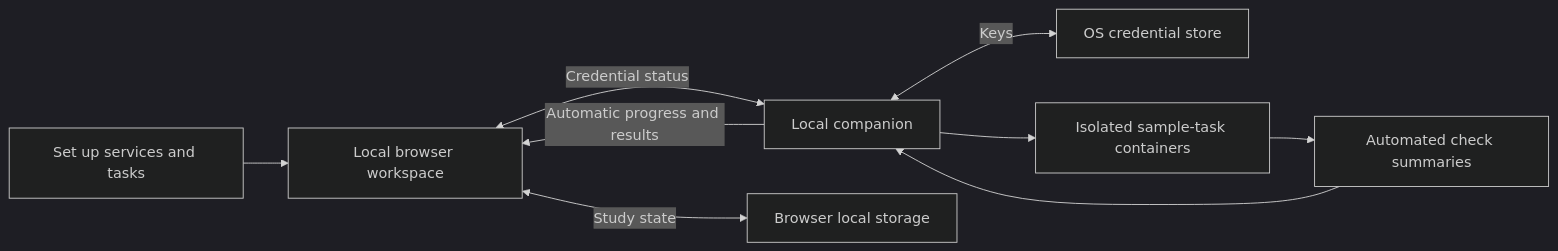
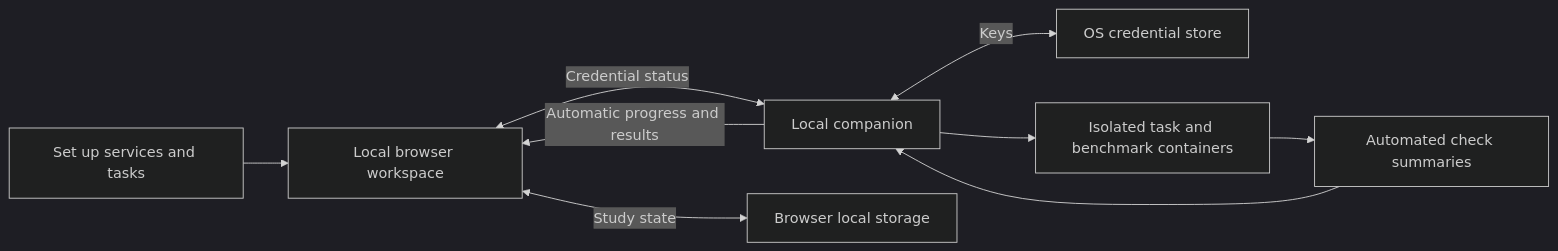
One commit to PouyanJay/basis changed the diagram in README.md. Above: the diagram before and after it, drawn with Mermaid (dark theme). The commit also changed other lines of this file and 17 other files, not shown here.

````diff
--- a/README.md
+++ b/README.md
@@ -118,11 +154,11 @@
 ```mermaid
 flowchart LR
     Setup[Set up services and tasks] --> App[Local browser workspace]
     App <-->|Credential status| Companion[Local companion]
     Companion <-->|Keys| Vault[OS credential store]
-    Companion --> Containers[Isolated sample-task containers]
+    Companion --> Containers[Isolated task and benchmark containers]
     Containers --> Reports[Automated check summaries]
     Reports --> Companion
     Companion -->|Automatic progress and results| App
     App <-->|Study state| Storage[Browser local storage]
 ```
````
